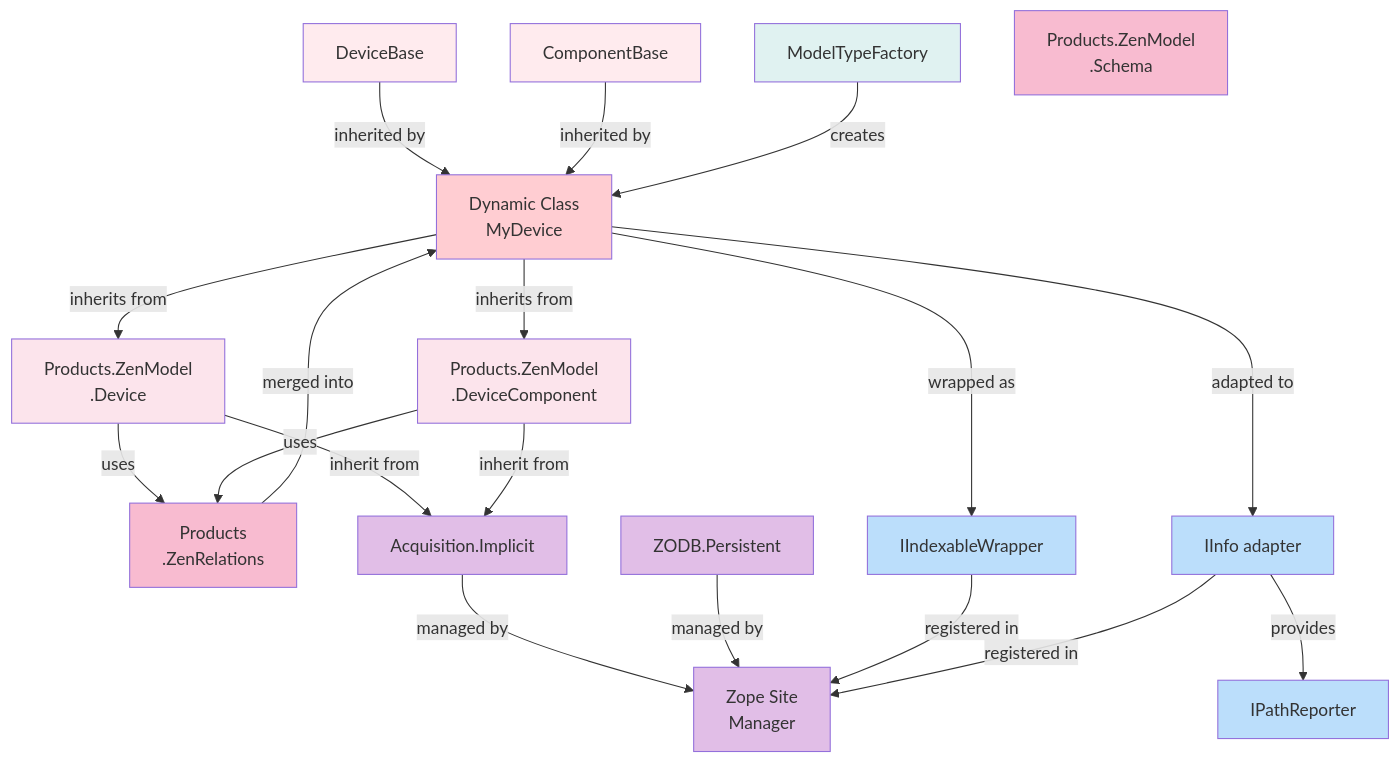
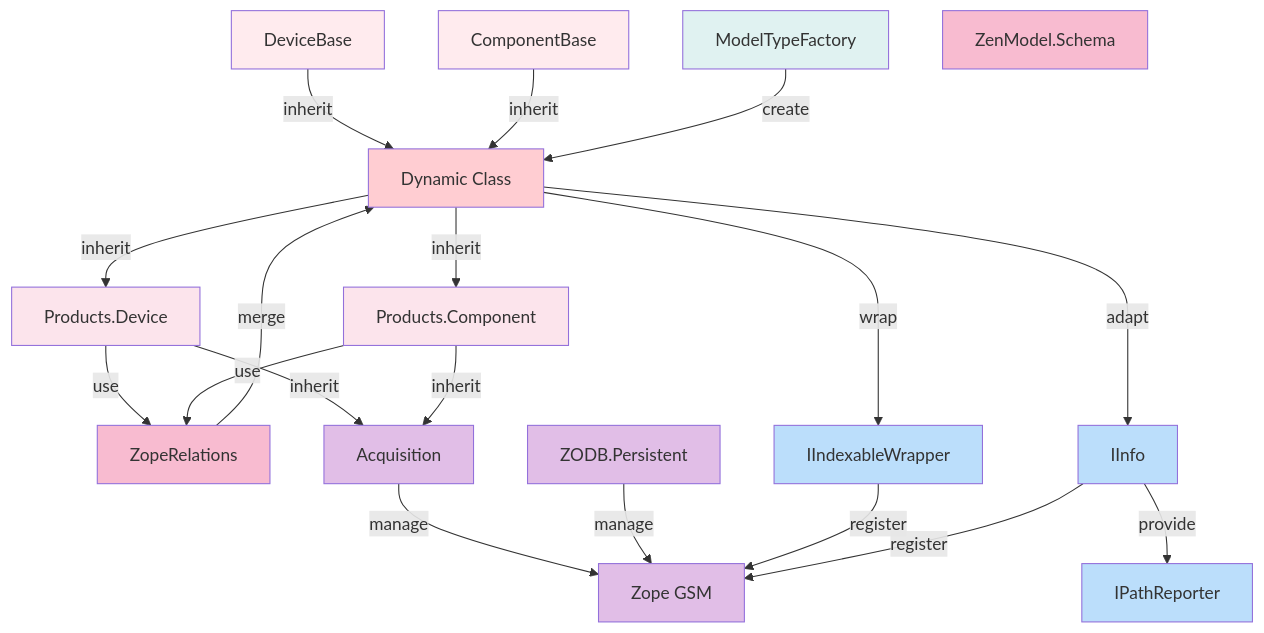
The seventh of 7 diagrams in ARCHITECTURE_AND_REVERSE_ENGINEERING.md (lundybernard/ZenPacks.zenoss.ZenPackLib), drawn with Mermaid before and after one commit. The commit also changed other lines of this file, not shown here.

Commit message:
Refactor mermaid diagrams for improved clarity and conciseness in architecture documentation

````diff
--- a/ARCHITECTURE_AND_REVERSE_ENGINEERING.md
+++ b/ARCHITECTURE_AND_REVERSE_ENGINEERING.md
@@ -691,50 +657,50 @@
 ```mermaid
 graph TB
     DEVBASE["DeviceBase"]
     COMPBASE["ComponentBase"]
     FACTORY["ModelTypeFactory"]
-    DYNCLASS["Dynamic Class<br/>MyDevice"]
-    PRODEVICE["Products.ZenModel<br/>.Device"]
-    PRODCOMP["Products.ZenModel<br/>.DeviceComponent"]
-    RELATIONS["Products<br/>.ZenRelations"]
-    SCHEMA["Products.ZenModel<br/>.Schema"]
-    ACQUISITION["Acquisition.Implicit"]
+    DYNCLASS["Dynamic Class"]
+    PRODEVICE["Products.Device"]
+    PRODCOMP["Products.Component"]
+    RELATIONS["ZopeRelations"]
+    SCHEMA["ZenModel.Schema"]
+    ACQUISITION["Acquisition"]
     PERSISTENT["ZODB.Persistent"]
-    OSM["Zope Site<br/>Manager"]
+    OSM["Zope GSM"]
     INDEXABLE["IIndexableWrapper"]
-    INFOADAPTER["IInfo adapter"]
+    INFOADAPTER["IInfo"]
     PATHREPORT["IPathReporter"]
 
-    DEVBASE -->|inherited by| DYNCLASS
-    COMPBASE -->|inherited by| DYNCLASS
-    FACTORY -->|creates| DYNCLASS
-    DYNCLASS -->|inherits from| PRODEVICE
-    DYNCLASS -->|inherits from| PRODCOMP
-    PRODEVICE -->|uses| RELATIONS
-    PRODCOMP -->|uses| RELATIONS
-    RELATIONS -->|merged into| DYNCLASS
-    PRODEVICE -->|inherit from| ACQUISITION
-    PRODCOMP -->|inherit from| ACQUISITION
-    ACQUISITION -->|managed by| OSM
-    PERSISTENT -->|managed by| OSM
-    DYNCLASS -->|wrapped as| INDEXABLE
-    INDEXABLE -->|registered in| OSM
-    DYNCLASS -->|adapted to| INFOADAPTER
-    INFOADAPTER -->|provides| PATHREPORT
-    INFOADAPTER -->|registered in| OSM
+    DEVBASE -->|inherit| DYNCLASS
+    COMPBASE -->|inherit| DYNCLASS
+    FACTORY -->|create| DYNCLASS
+    DYNCLASS -->|inherit| PRODEVICE
+    DYNCLASS -->|inherit| PRODCOMP
+    PRODEVICE -->|use| RELATIONS
+    PRODCOMP -->|use| RELATIONS
+    RELATIONS -->|merge| DYNCLASS
+    PRODEVICE -->|inherit| ACQUISITION
+    PRODCOMP -->|inherit| ACQUISITION
+    ACQUISITION -->|manage| OSM
+    PERSISTENT -->|manage| OSM
+    DYNCLASS -->|wrap| INDEXABLE
+    INDEXABLE -->|register| OSM
+    DYNCLASS -->|adapt| INFOADAPTER
+    INFOADAPTER -->|provide| PATHREPORT
+    INFOADAPTER -->|register| OSM
 
     style DEVBASE fill:#ffebee
     style COMPBASE fill:#ffebee
     style FACTORY fill:#e0f2f1
     style DYNCLASS fill:#ffcdd2
     style PRODEVICE fill:#fce4ec
     style PRODCOMP fill:#fce4ec
     style RELATIONS fill:#f8bbd0
     style SCHEMA fill:#f8bbd0
     style ACQUISITION fill:#e1bee7
     style PERSISTENT fill:#e1bee7
     style OSM fill:#e1bee7
     style INDEXABLE fill:#bbdefb
     style INFOADAPTER fill:#bbdefb
     style PATHREPORT fill:#bbdefb
 ```
````
